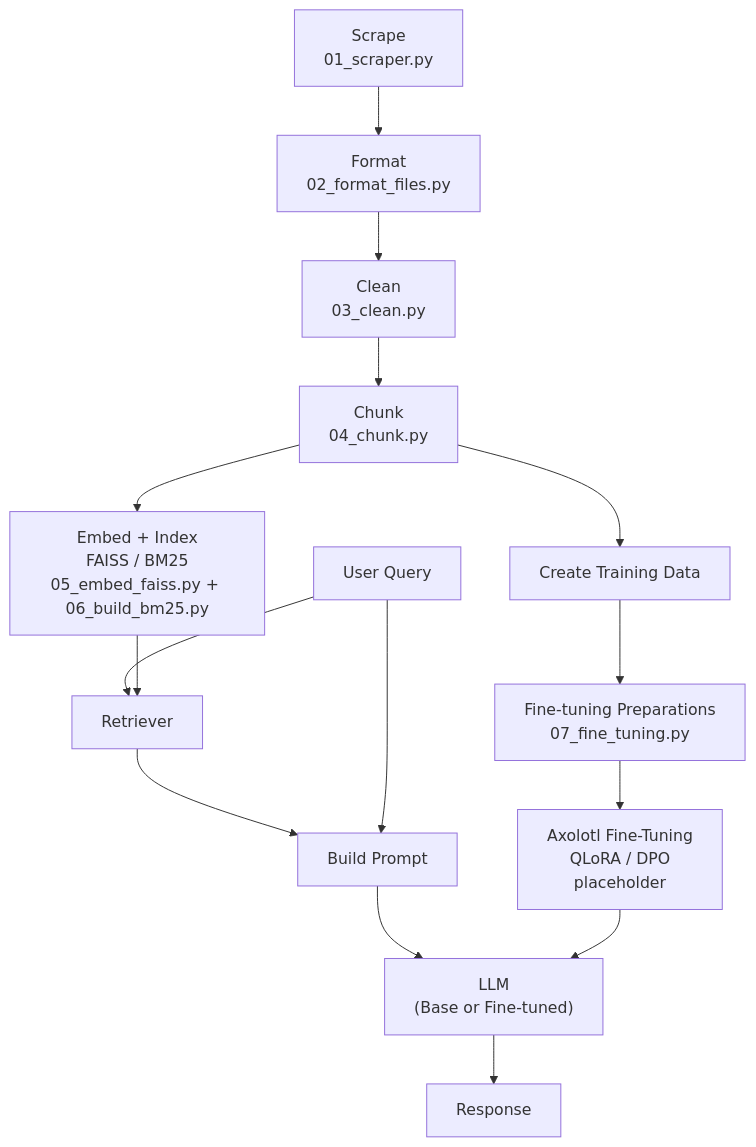
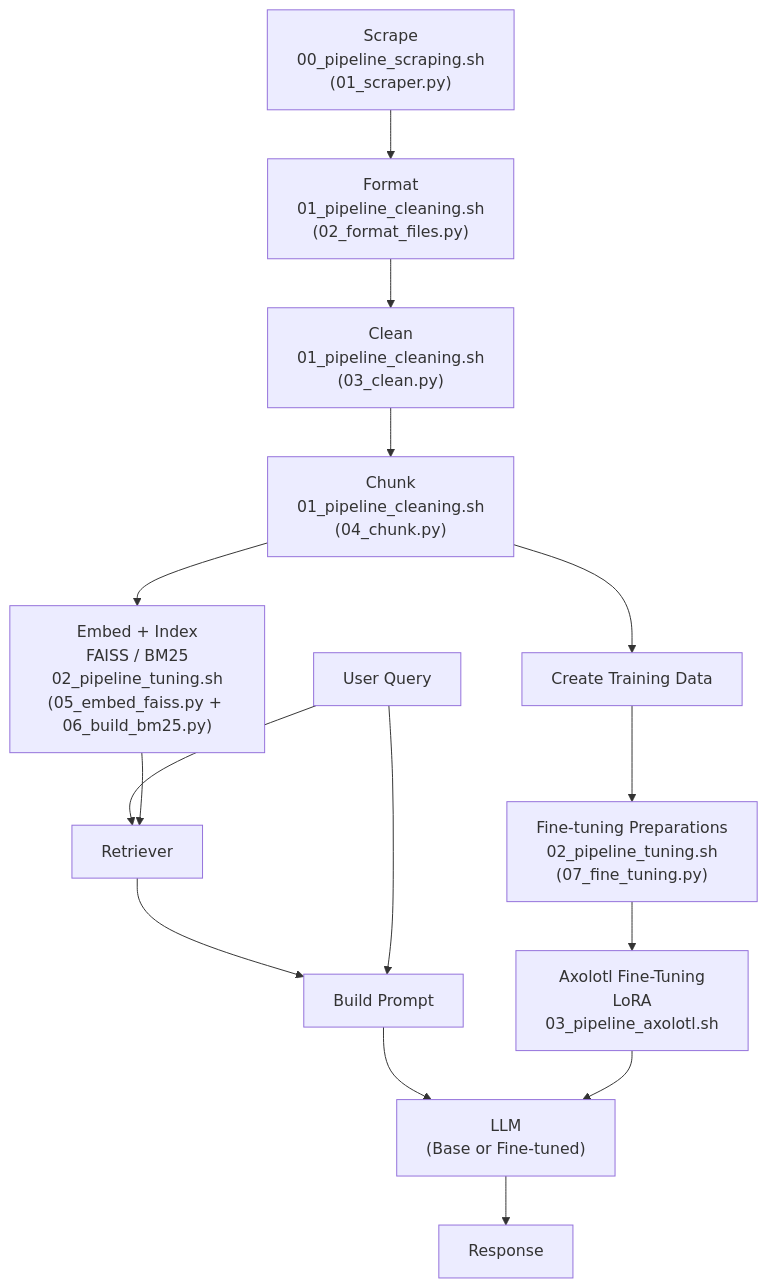
The diagram in README.md (sjhendricks/wm_bot), drawn with Mermaid before and after one commit. The commit also changed other lines of this file and 4 other files, not shown here.

````diff
--- a/README.md
+++ b/README.md
@@ -85,29 +104,29 @@
 ```mermaid
 flowchart TD
 
     %% ===== DATA PIPELINE =====
-    A["Scrape<br/>01_scraper.py"] --> 
-    B["Format<br/>02_format_files.py"] --> 
-    C["Clean<br/>03_clean.py"] --> 
-    D["Chunk<br/>04_chunk.py"]
+    A["Scrape<br/>00_pipeline_scraping.sh<br/>(01_scraper.py)"] --> 
+    B["Format<br/>01_pipeline_cleaning.sh<br/>(02_format_files.py)"] --> 
+    C["Clean<br/>01_pipeline_cleaning.sh<br/>(03_clean.py)"] --> 
+    D["Chunk<br/>01_pipeline_cleaning.sh<br/>(04_chunk.py)"]
 
     %% ===== RETRIEVAL INDEX =====
-    D --> E["Embed + Index<br/>FAISS / BM25<br/>05_embed_faiss.py + 06_build_bm25.py"]
+    D --> E["Embed + Index<br/>FAISS / BM25<br/>02_pipeline_tuning.sh<br/>(05_embed_faiss.py + 06_build_bm25.py)"]
 
     %% ===== TRAINING =====
     D --> L["Create Training Data"]
-    L --> M["Fine-tuning Preparations<br/>07_fine_tuning.py"]
-    M --> N["Axolotl Fine-Tuning<br/>QLoRA / DPO<br/> placeholder"]
+    L --> M["Fine-tuning Preparations<br/>02_pipeline_tuning.sh<br/>(07_fine_tuning.py)"]
+    M --> N["Axolotl Fine-Tuning<br/>LoRA<br/>03_pipeline_axolotl.sh "]
 
     %% ===== INFERENCE =====
     G[User Query] --> H[Retriever]
     E --> H
 
     H --> I[Build Prompt]
     G --> I
 
     I --> J["LLM<br/>(Base or Fine-tuned)"]
     J --> K[Response]
 
     N --> J
 ```
````
